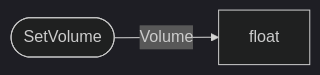
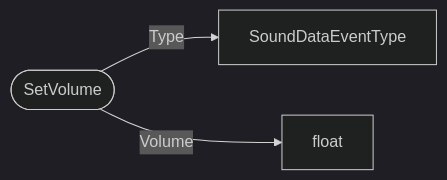
One commit to bedrock-v/protocol-docs changed the diagram in schemas/types/SetVolume.md. Above: the diagram before and after it, drawn with Mermaid (dark theme). The commit also changed 73 other files, not shown here.

````diff
--- a/schemas/types/SetVolume.md
+++ b/schemas/types/SetVolume.md
@@ -5,5 +5,6 @@
 ```mermaid
 flowchart LR
   ROOT(["SetVolume"])
+  ROOT -->|"Type"| SoundDataEventType["SoundDataEventType"]
   ROOT -->|"Volume"| float["float"]
 ```
````
